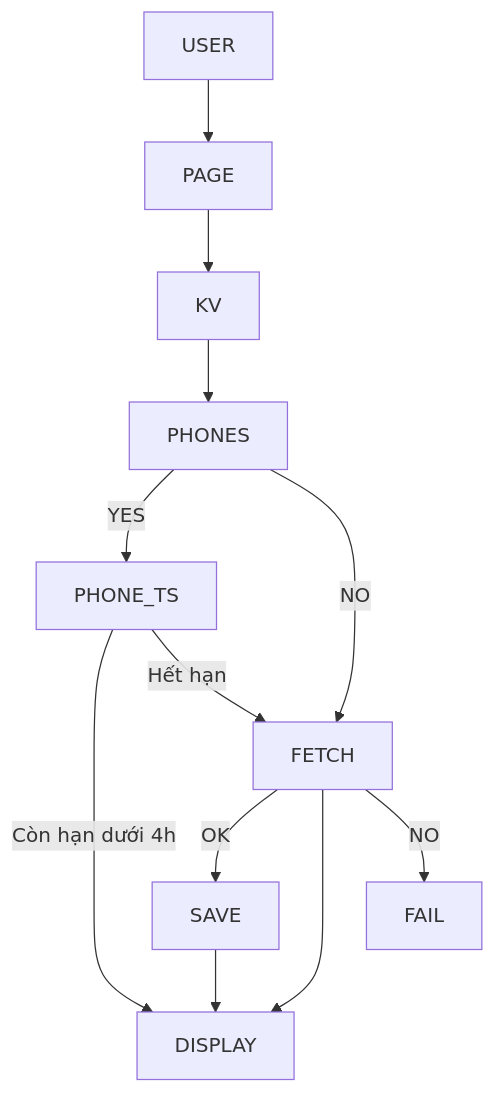
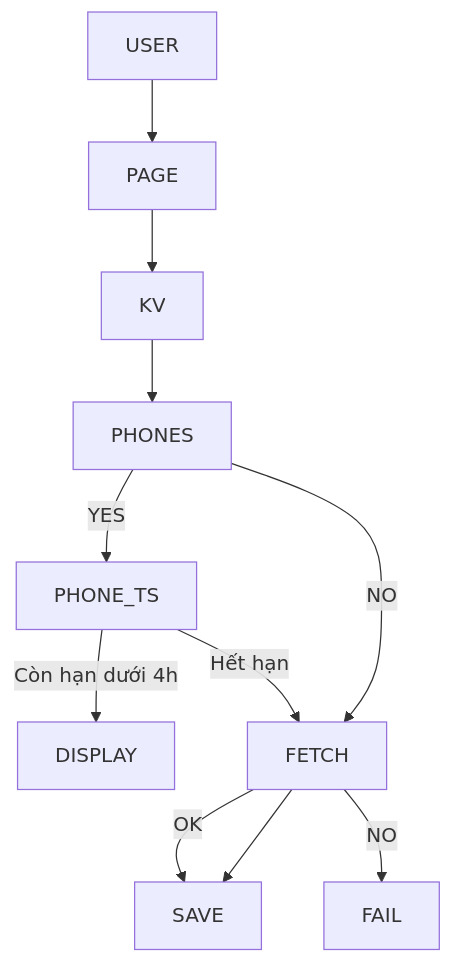
The diagram in README.md (rungkhoai/cf-worker-call-redirect-docs), drawn with Mermaid before and after one commit.

````diff
--- a/README.md
+++ b/README.md
@@ -3,11 +3,11 @@
 ```mermaid
 flowchart TD
 USER --> PAGE --> KV --> PHONES --> |YES| PHONE_TS --> |"Còn hạn dưới 4h"| DISPLAY
 
-PHONES -->|NO| FETCH --> |OK| SAVE --> DISPLAY
+PHONES -->|NO| FETCH --> |OK| SAVE
 
-PHONE_TS --> |"Hết hạn"| FETCH --> DISPLAY
+PHONE_TS --> |"Hết hạn"| FETCH --> SAVE
 
 FETCH --> |NO| FAIL
 
 ```
````
